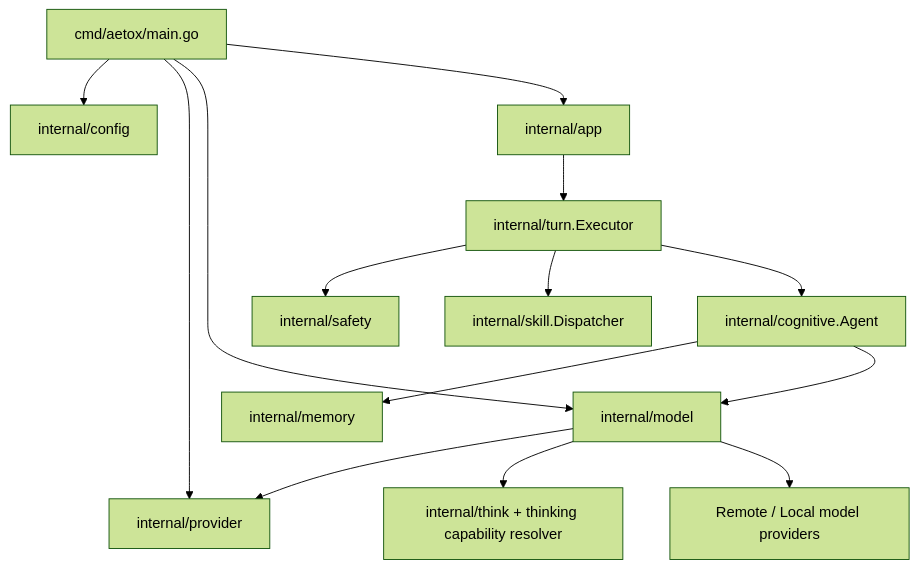
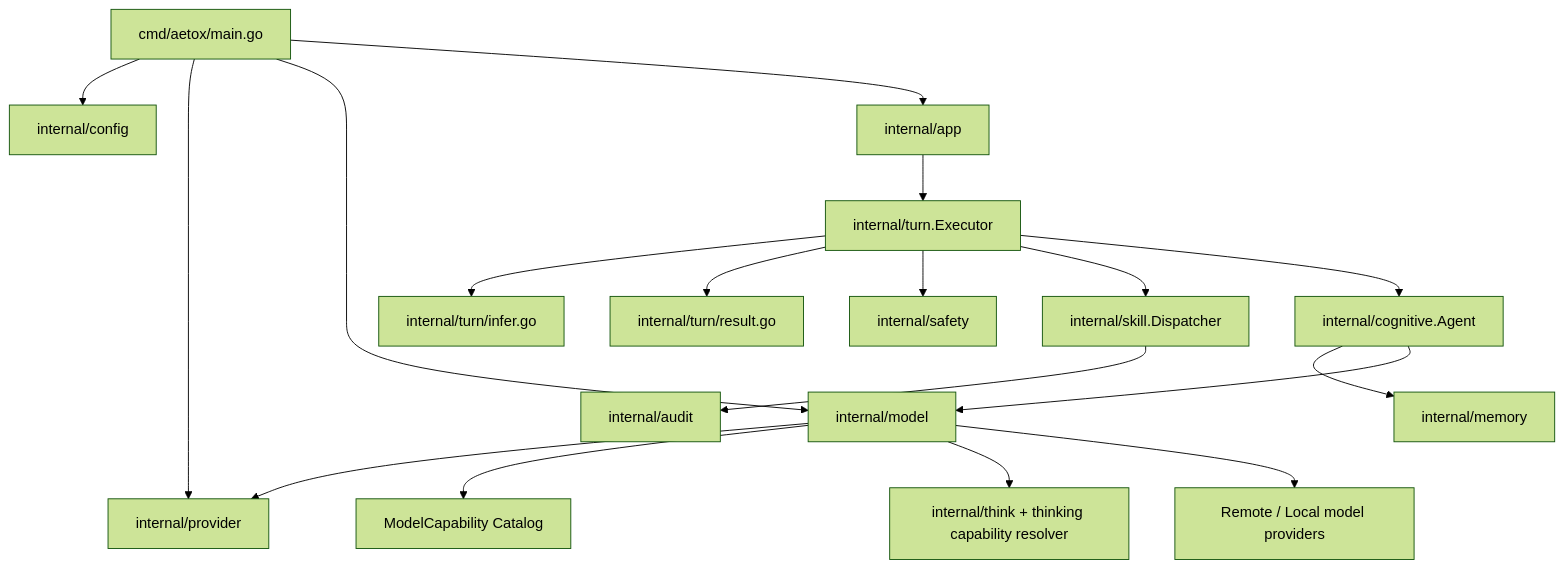
The first of 2 diagrams in docs/architecture-review-aetox-cli.md (Mikedev115/Aetox), drawn with Mermaid (forest theme) before and after one commit. The commit also changed other lines of this file and 11 other files, not shown here.

````diff
--- a/docs/architecture-review-aetox-cli.md
+++ b/docs/architecture-review-aetox-cli.md
@@ -88,29 +97,37 @@
 ```mermaid
 flowchart TD
     CLI["cmd/aetox/main.go"]
     Config["internal/config"]
     ProviderCatalog["internal/provider"]
     App["internal/app"]
     Turn["internal/turn.Executor"]
+    TurnInfer["internal/turn/infer.go"]
+    TurnResult["internal/turn/result.go"]
     Safety["internal/safety"]
     Skill["internal/skill.Dispatcher"]
+    Audit["internal/audit"]
     Agent["internal/cognitive.Agent"]
     Memory["internal/memory"]
     Model["internal/model"]
+    ModelCap["ModelCapability Catalog"]
     Think["internal/think + thinking capability resolver"]
     External["Remote / Local model providers"]
 
     CLI --> Config
     CLI --> ProviderCatalog
     CLI --> Model
     CLI --> App
     App --> Turn
+    Turn --> TurnInfer
+    Turn --> TurnResult
     Turn --> Safety
     Turn --> Skill
     Turn --> Agent
     Agent --> Memory
     Agent --> Model
     Model --> ProviderCatalog
+    Model --> ModelCap
     Model --> Think
     Model --> External
+    Skill --> Audit
 ```
````
